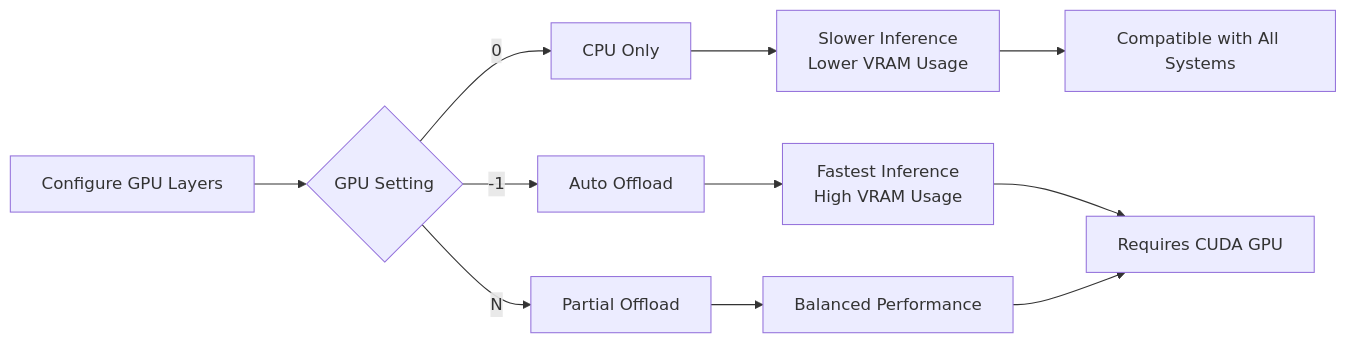
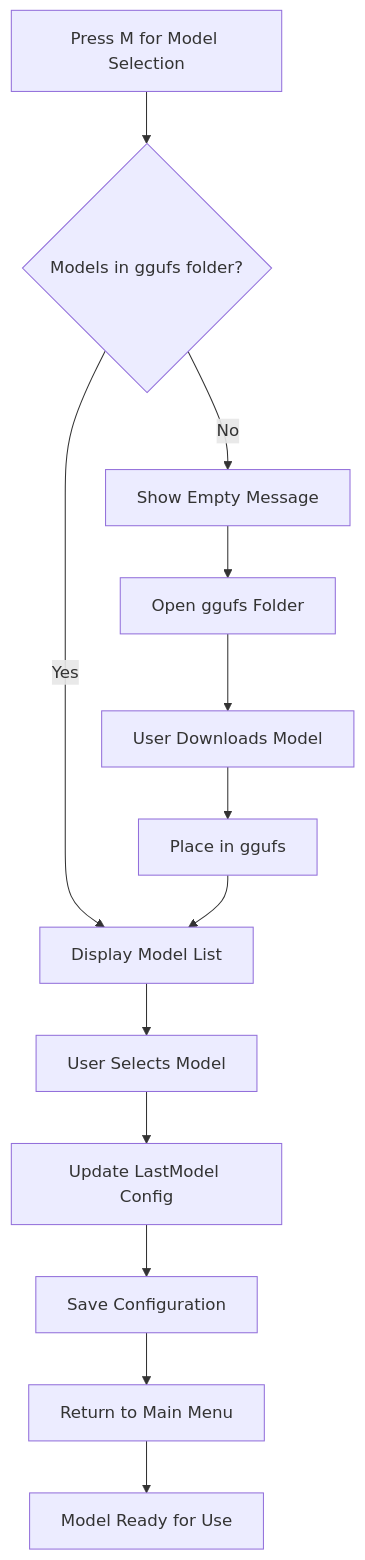
The third of 3 diagrams in README.md (xsukax/xsukax-GGUF-Runner), drawn with Mermaid before and after one commit. The commit also changed other lines of this file, not shown here.

````diff
--- a/README.md
+++ b/README.md
@@ -336,13 +326,15 @@
 ```mermaid
-flowchart LR
-    A[Configure GPU Layers] --> B{GPU Setting}
-    B -->|0| C[CPU Only]
-    B -->|-1| D[Auto Offload]
-    B -->|N| E[Partial Offload]
-    C --> F[Slower Inference<br/>Lower VRAM Usage]
-    D --> G[Fastest Inference<br/>High VRAM Usage]
-    E --> H[Balanced Performance]
-    F --> I[Compatible with All Systems]
-    G --> J[Requires CUDA GPU]
-    H --> J
+flowchart TD
+    A[Press M for Model Selection] --> B{Models in ggufs folder?}
+    B -->|Yes| C[Display Model List]
+    B -->|No| D[Show Empty Message]
+    D --> E[Open ggufs Folder]
+    E --> F[User Downloads Model]
+    F --> G[Place in ggufs]
+    G --> C
+    C --> H[User Selects Model]
+    H --> I[Update LastModel Config]
+    I --> J[Save Configuration]
+    J --> K[Return to Main Menu]
+    K --> L[Model Ready for Use]
 ```
````
